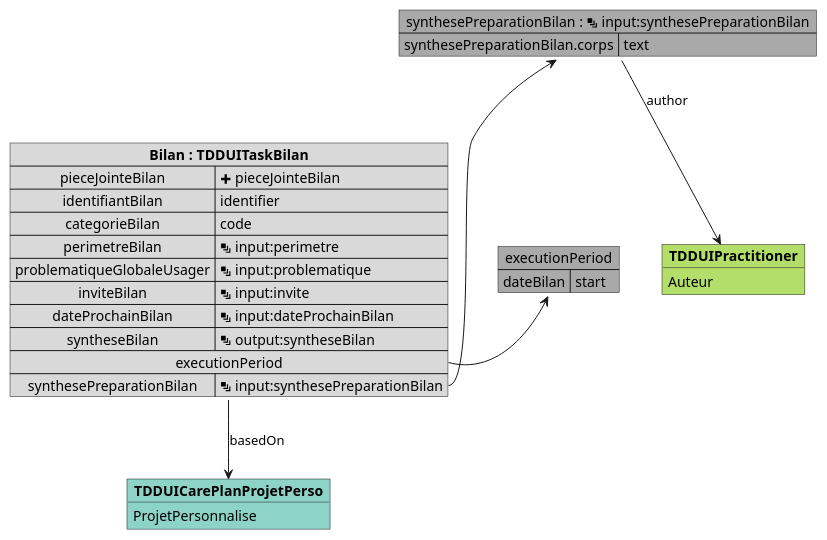
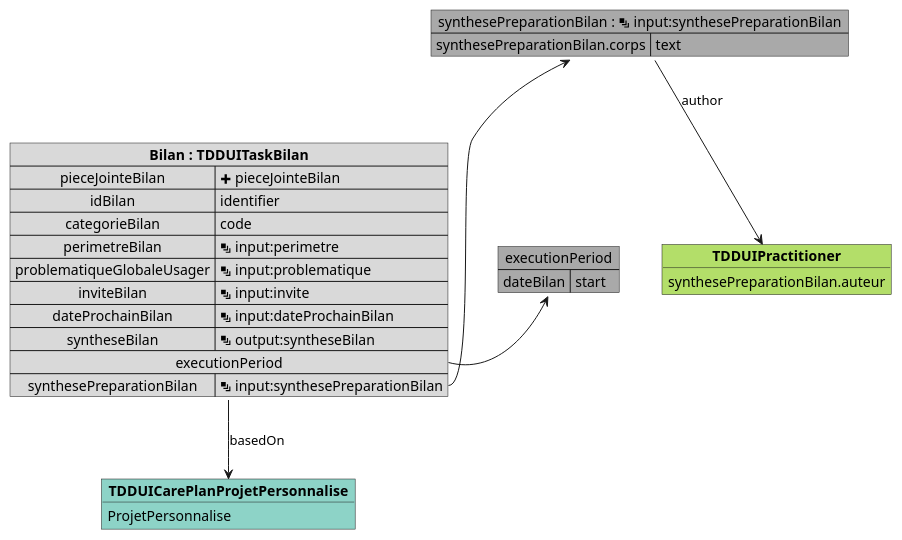
The diagram in input/images-source/mapping_TDDUITaskBilan.plantuml (ansforge/IG-fhir-medicosocial-transfert-donnees-dui), drawn with PlantUML before and after one commit. The commit also changed 24 other files, not shown here.

```diff
--- a/input/images-source/mapping_TDDUITaskBilan.plantuml
+++ b/input/images-source/mapping_TDDUITaskBilan.plantuml
@@ -1,36 +1,36 @@
 @startuml
 
 map "executionPeriod" as executionPeriod #DarkGray {
     dateBilan => start
 }
 
 map "synthesePreparationBilan : <&layers> input:synthesePreparationBilan" as synthesePreparationBilan #DarkGray {
         synthesePreparationBilan.corps => text
 }
 
 object "**TDDUIPractitioner**" as TDDUIPractitioner #b3de69 {
-    Auteur
+    synthesePreparationBilan.auteur
 }
 
-object "**TDDUICarePlanProjetPerso**" as TDDUICarePlanProjetPerso_basedOn #8dd3c7 {
+object "**TDDUICarePlanProjetPersonnalise**" as TDDUICarePlanProjetPersonnalise_basedOn #8dd3c7 {
     ProjetPersonnalise
 }
 
 map "**Bilan : TDDUITaskBilan**" as Bilan #d9d9d9 {
     pieceJointeBilan => <&plus> pieceJointeBilan
-    identifiantBilan => identifier
+    idBilan => identifier
     categorieBilan => code
     perimetreBilan => <&layers> input:perimetre
     problematiqueGlobaleUsager => <&layers> input:problematique
     inviteBilan => <&layers> input:invite
     dateProchainBilan => <&layers> input:dateProchainBilan
     syntheseBilan => <&layers> output:syntheseBilan
     executionPeriod *-> executionPeriod
     synthesePreparationBilan => <&layers> input:synthesePreparationBilan
 }
 
 Bilan::synthesePreparationBilan -u-> synthesePreparationBilan
 synthesePreparationBilan -d-> TDDUIPractitioner : author
-Bilan -d-> TDDUICarePlanProjetPerso_basedOn : basedOn
+Bilan -d-> TDDUICarePlanProjetPersonnalise_basedOn : basedOn
 
 @enduml
```
